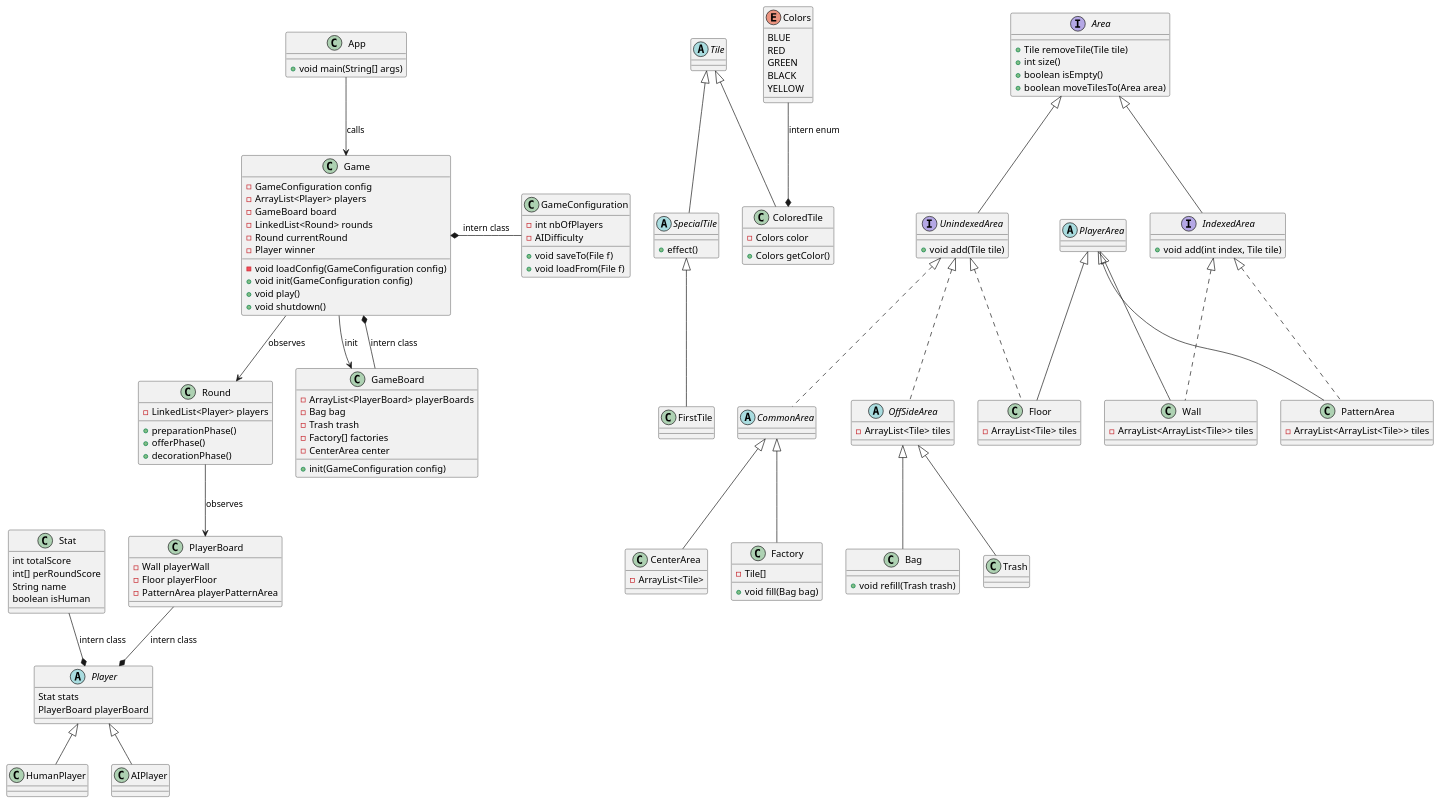
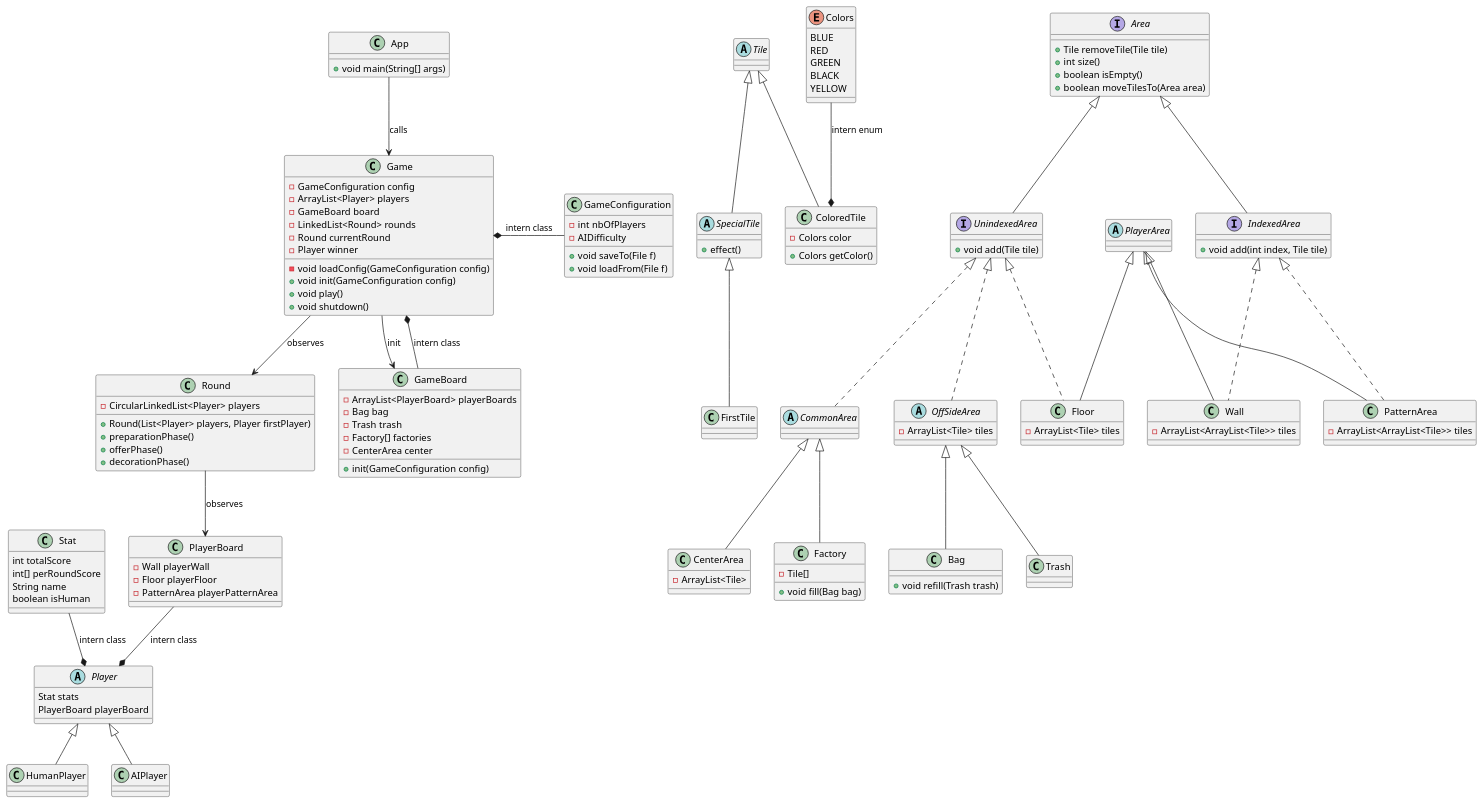
Before and after one commit to nsouff/Azul: the diagram in proj.puml, drawn with PlantUML. The commit also changed 1 other file, not shown here.

Commit message:
Fix Round class to be more precise
Round use a circular linked list, thus we fix the order of playing to be clockwise

```diff
--- a/proj.puml
+++ b/proj.puml
@@ -1,168 +1,169 @@
 @startuml
 
 Abstract class Tile {
 }
 
 
 Tile <|-- SpecialTile
 abstract class SpecialTile {
 	+effect()
 }
 
 Tile <|-- ColoredTile
 class ColoredTile {
 	-Colors color
 	+Colors getColor()
 }
 
 SpecialTile <|-- FirstTile
 class FirstTile
 
 Colors --* ColoredTile : "intern enum"
 enum Colors {
 	BLUE
 	RED
 	GREEN
 	BLACK
 	YELLOW
 }
 
 
 interface Area {
 	+Tile removeTile(Tile tile)
 	+int size()
 	+boolean isEmpty()
 	+boolean moveTilesTo(Area area)
 }
 Area <|-- UnindexedArea
 interface UnindexedArea {
 	+void add(Tile tile)
 }
 
 Area <|-- IndexedArea
 interface IndexedArea {
 	+void add(int index, Tile tile)
 }
 
 UnindexedArea <|.. OffSideArea
 abstract class OffSideArea {
 	-ArrayList<Tile> tiles
 }
 
 OffSideArea <|-- Bag
 class Bag {
 	+void refill(Trash trash)
 }
 
 OffSideArea <|-- Trash
 class Trash {
 
 }
 UnindexedArea <|.. CommonArea
 abstract class CommonArea
 CommonArea <|-- CenterArea
 class CenterArea {
 	-ArrayList<Tile>
 }
 CommonArea <|-- Factory
 class Factory {
 	-Tile[]
 	+void fill(Bag bag)
 }
 
 abstract class PlayerArea
 
 IndexedArea <|.. Wall
 PlayerArea <|-- Wall
 class Wall {
 	-ArrayList<ArrayList<Tile>> tiles
 }
 
 UnindexedArea <|.. Floor
 PlayerArea <|-- Floor
 class Floor {
 	-ArrayList<Tile> tiles
 }
 
 IndexedArea <|.. PatternArea
 PlayerArea <|-- PatternArea
 class PatternArea{
 	-ArrayList<ArrayList<Tile>> tiles
 }
 
 abstract class Player {
 	Stat stats
 	PlayerBoard playerBoard
 }
 
 Stat  --* Player : "intern class"
 class Stat {
 	int totalScore
 	int[] perRoundScore
 	String name
 	boolean isHuman
 }
 
 Player <|-- HumanPlayer
 Player <|-- AIPlayer
 
 
 class PlayerBoard
 PlayerBoard --* Player : "intern class"
 
 
 GameConfiguration -left-* Game : "intern class"
 class GameConfiguration {
 	-int nbOfPlayers
 	-AIDifficulty
 	+void saveTo(File f)
 	+void loadFrom(File f)
 }
 
 Game --> Round : "observes"
 class Game {
 	-GameConfiguration config
 	-ArrayList<Player> players
 	-GameBoard board
 	-LinkedList<Round> rounds
 	-Round currentRound
 	-Player winner
 	-void loadConfig(GameConfiguration config)
 	+void init(GameConfiguration config)
 	+void play()
 	+void shutdown()
 }
 
 Game --> GameBoard : "init"
 GameBoard --* Game : "intern class"
 class GameBoard {
 	-ArrayList<PlayerBoard> playerBoards
 	-Bag bag
 	-Trash trash
 	-Factory[] factories
 	-CenterArea center
 	+init(GameConfiguration config)
 }
 
 Round --> PlayerBoard : "observes"
 class PlayerBoard {
 	-Wall playerWall
 	-Floor playerFloor
 	-PatternArea playerPatternArea
 }
 
 class Round {
-	-LinkedList<Player> players
+	-CircularLinkedList<Player> players
+	+Round(List<Player> players, Player firstPlayer)
 	+preparationPhase()
 	+offerPhase()
 	+decorationPhase()
 }
 
 
 App --> Game : "calls"
 class App {
 	+void main(String[] args)
 }
 
 
 @enduml
```
